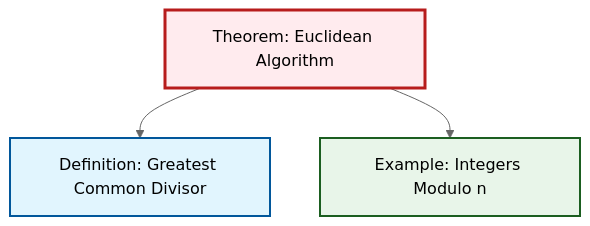
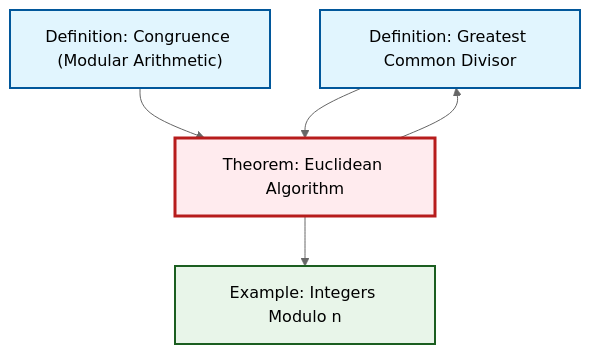
One commit to RK0429/ModernMath changed the second of 2 diagrams in content/ja/number-theory/thm-euclidean-algorithm.qmd. Above: the diagram before and after it, drawn with Mermaid (neutral theme). The commit also changed 417 other files, not shown here.

````diff
--- a/content/ja/number-theory/thm-euclidean-algorithm.qmd
+++ b/content/ja/number-theory/thm-euclidean-algorithm.qmd
@@ -95,17 +95,21 @@
 ```{mermaid}
 %%| fig-cap: "Local dependency graph"
 graph TD
     classDef definition fill:#e1f5fe,stroke:#01579b,stroke-width:2px
     classDef theorem fill:#f3e5f5,stroke:#4a148c,stroke-width:2px
     classDef axiom fill:#fff3e0,stroke:#e65100,stroke-width:2px
     classDef example fill:#e8f5e9,stroke:#1b5e20,stroke-width:2px
     classDef current fill:#ffebee,stroke:#b71c1c,stroke-width:3px
+    def-gcd["Definition: Greatest Common Divisor"]:::definition
+    ex-quotient-integers-mod-n["Example: Integers Modulo n"]:::example
+    def-congruence["Definition: Congruence (Modular Arithmetic)"]:::definition
     thm-euclidean-algorithm["Theorem: Euclidean Algorithm"]:::theorem
-    ex-quotient-integers-mod-n["Example: Integers Modulo n"]:::example
-    def-gcd["Definition: Greatest Common Divisor"]:::definition
     thm-euclidean-algorithm --> def-gcd
+    def-congruence --> thm-euclidean-algorithm
     thm-euclidean-algorithm --> ex-quotient-integers-mod-n
+    def-gcd --> thm-euclidean-algorithm
     class thm-euclidean-algorithm current
+    click def-gcd "def-gcd.html" "Definition: Greatest Common Divisorへ"
     click ex-quotient-integers-mod-n "ex-quotient-integers-mod-n.html" "Example: Integers Modulo nへ"
-    click def-gcd "def-gcd.html" "Definition: Greatest Common Divisorへ"
+    click def-congruence "def-congruence.html" "Definition: Congruence (Modular Arithmetic)へ"
 ```
````
